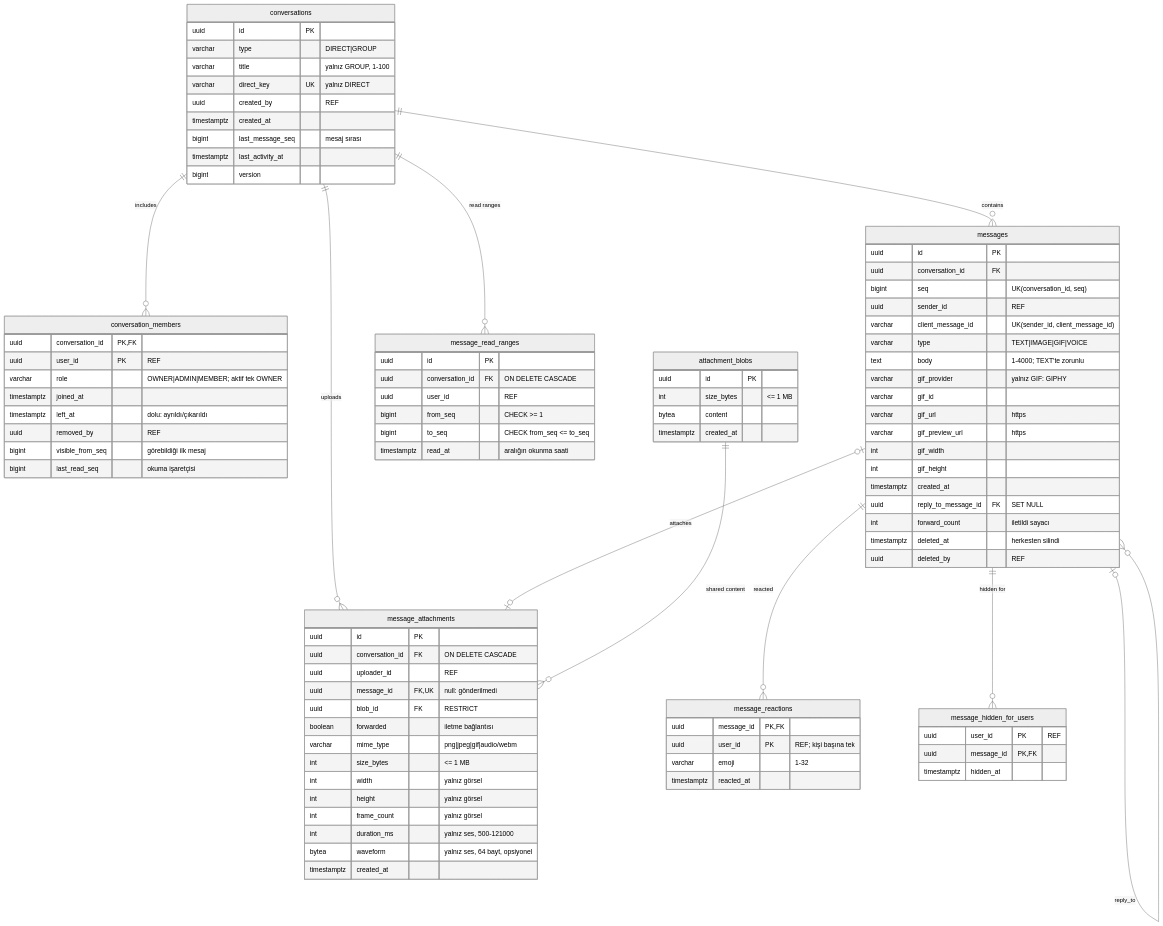
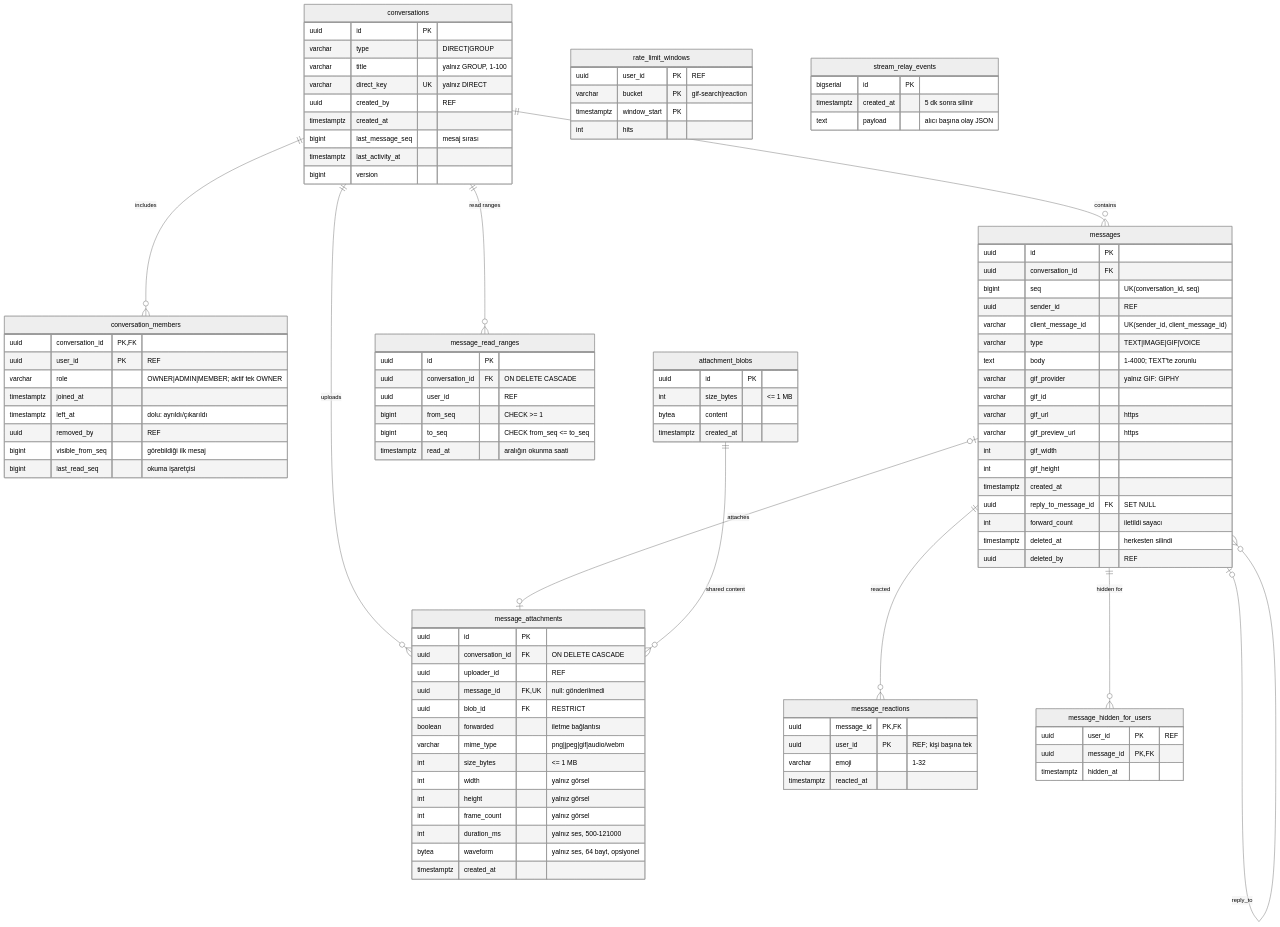
One commit to alperrte/lobbytwozero changed diagram 14 of 32 in docs/er-diagram.md. Above: the diagram before and after it, drawn with Mermaid (neutral theme). The commit also changed 42 other files, not shown here.

````diff
--- a/docs/er-diagram.md
+++ b/docs/er-diagram.md
@@ -799,4 +799,15 @@
     uuid message_id PK,FK
     timestamptz hidden_at
   }
+  rate_limit_windows {
+    uuid user_id PK "REF"
+    varchar bucket PK "gif-search|reaction"
+    timestamptz window_start PK
+    int hits
+  }
+  stream_relay_events {
+    bigserial id PK
+    timestamptz created_at "5 dk sonra silinir"
+    text payload "alıcı başına olay JSON"
+  }
 ```
````
